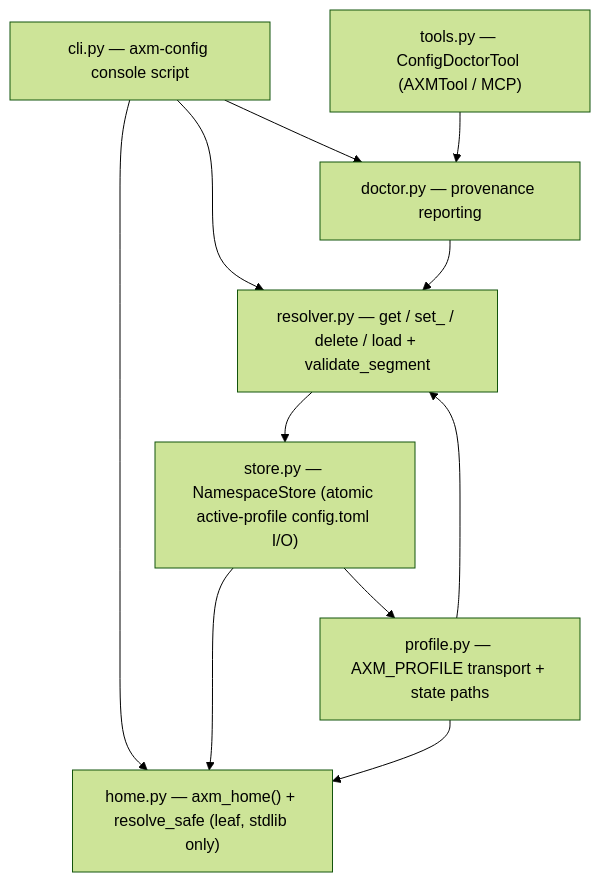
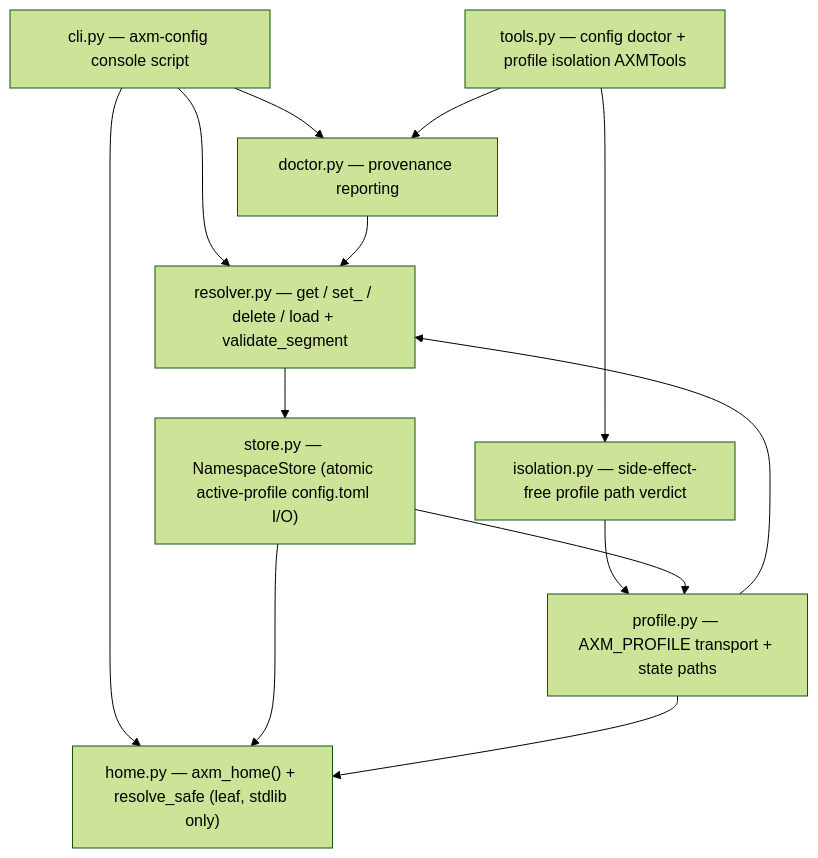
One commit to axm-protocols/axm-forge changed the diagram in packages/axm-config/docs/explanation/architecture.md. Above: the diagram before and after it, drawn with Mermaid (forest theme). The commit also changed other lines of this file and 7 other files, not shown here.

First line of the commit message:
feat(config): expose profile isolation tool

````diff
--- a/packages/axm-config/docs/explanation/architecture.md
+++ b/packages/axm-config/docs/explanation/architecture.md
@@ -9,21 +9,24 @@
 ```mermaid
 graph TD
     CLI["cli.py — axm-config console script"]
-    Tool["tools.py — ConfigDoctorTool (AXMTool / MCP)"]
+    Tool["tools.py — config doctor + profile isolation AXMTools"]
     Doctor["doctor.py — provenance reporting"]
     Resolver["resolver.py — get / set_ / delete / load + validate_segment"]
     Store["store.py — NamespaceStore (atomic active-profile config.toml I/O)"]
     Home["home.py — axm_home() + resolve_safe (leaf, stdlib only)"]
     Profile["profile.py — AXM_PROFILE transport + state paths"]
+    Isolation["isolation.py — side-effect-free profile path verdict"]
 
     CLI --> Resolver
     CLI --> Doctor
     CLI --> Home
     Tool --> Doctor
+    Tool --> Isolation
+    Isolation --> Profile
     Doctor --> Resolver
     Resolver --> Store
     Store --> Profile
     Store --> Home
     Profile --> Home
     Profile --> Resolver
 ```
````
